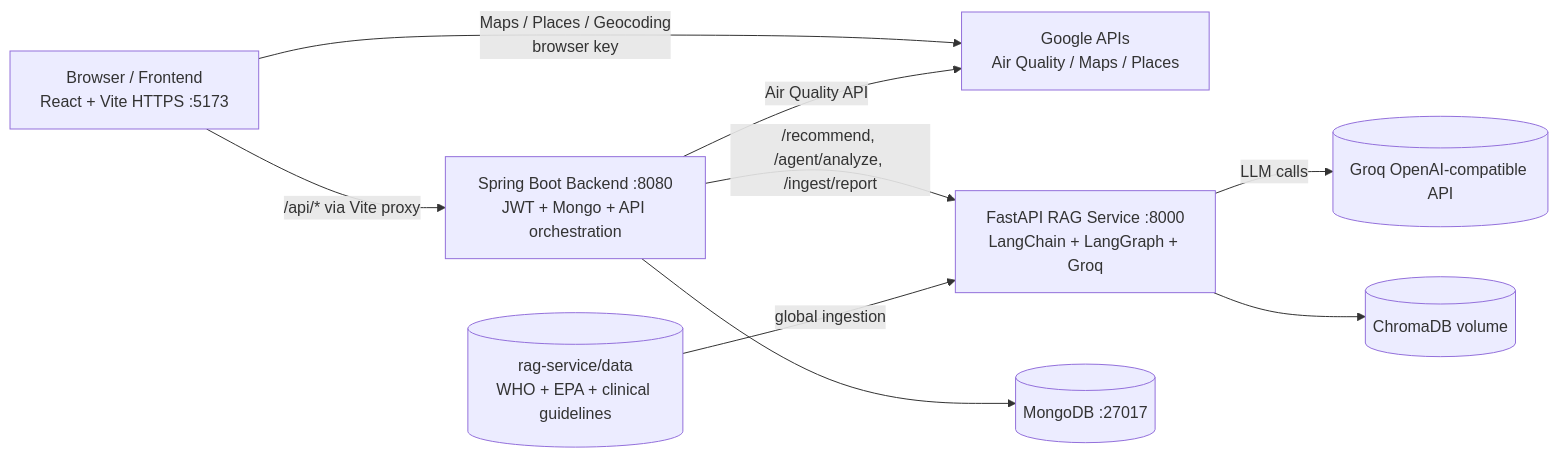
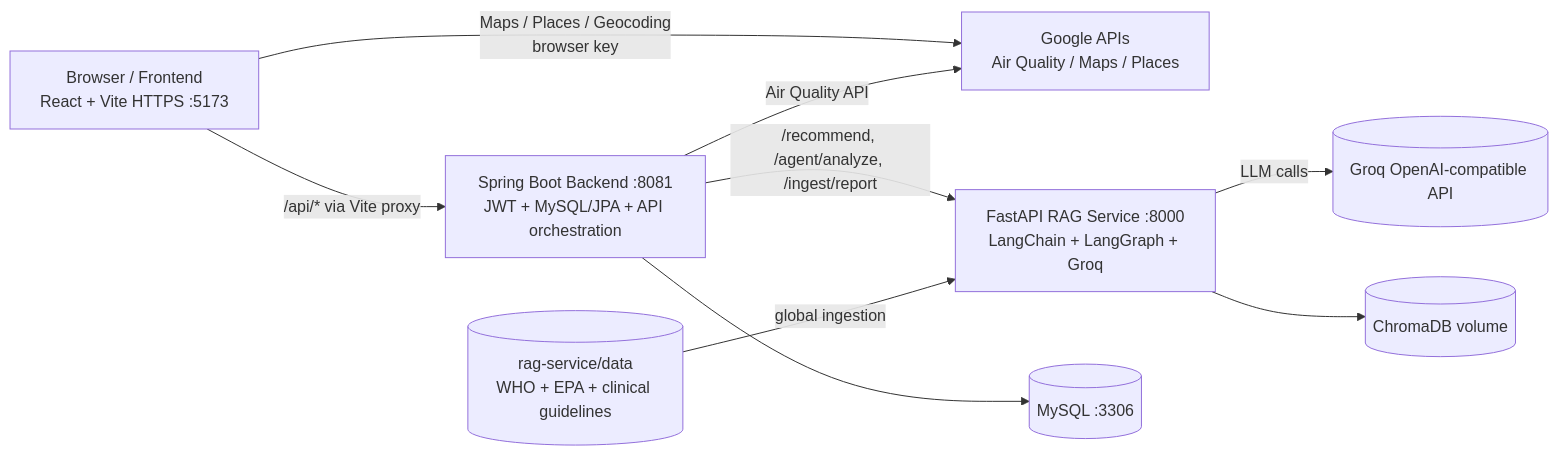
Before and after one commit to Sree-45/BreatheSmart: the diagram in README.md, drawn with Mermaid. The commit also changed other lines of this file and 47 other files, not shown here.

````diff
--- a/README.md
+++ b/README.md
@@ -42,19 +42,19 @@
 ```mermaid
 flowchart LR
      U[Browser / Frontend\nReact + Vite HTTPS :5173]
-     B[Spring Boot Backend :8080\nJWT + Mongo + API orchestration]
+     B[Spring Boot Backend :8081\nJWT + MySQL/JPA + API orchestration]
      G[Google APIs\nAir Quality / Maps / Places]
      R[FastAPI RAG Service :8000\nLangChain + LangGraph + Groq]
-     M[(MongoDB :27017)]
+     M[(MySQL :3306)]
      C[(ChromaDB volume)]
      D[(rag-service/data\nWHO + EPA + clinical guidelines)]
 
      U -->|/api/* via Vite proxy| B
      U -->|Maps / Places / Geocoding\nbrowser key| G
      B --> M
      B -->|Air Quality API| G
      B -->|/recommend, /agent/analyze, /ingest/report| R
      R -->|LLM calls| Groq[(Groq OpenAI-compatible API)]
      R --> C
      D -->|global ingestion| R
 ```
````
